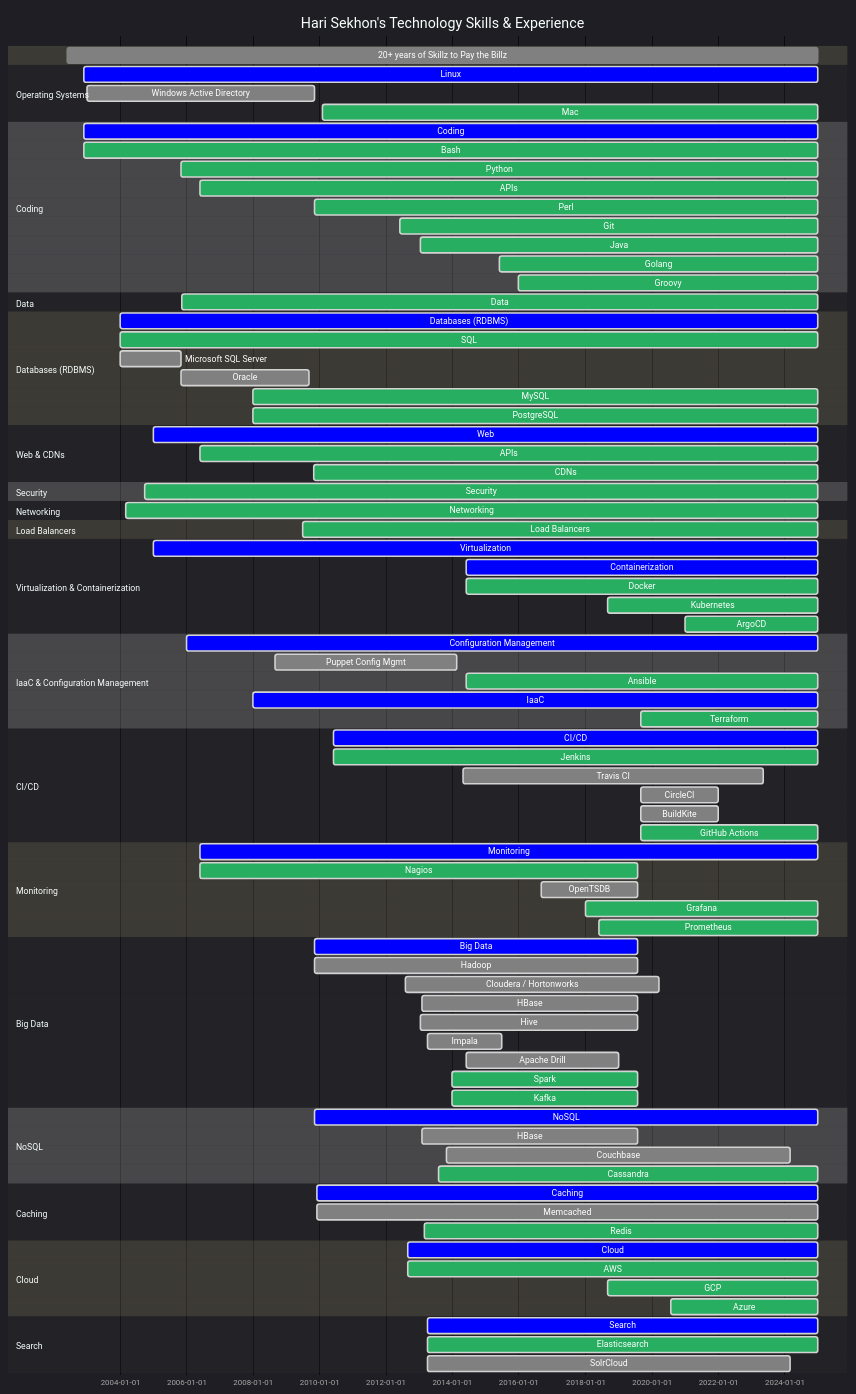
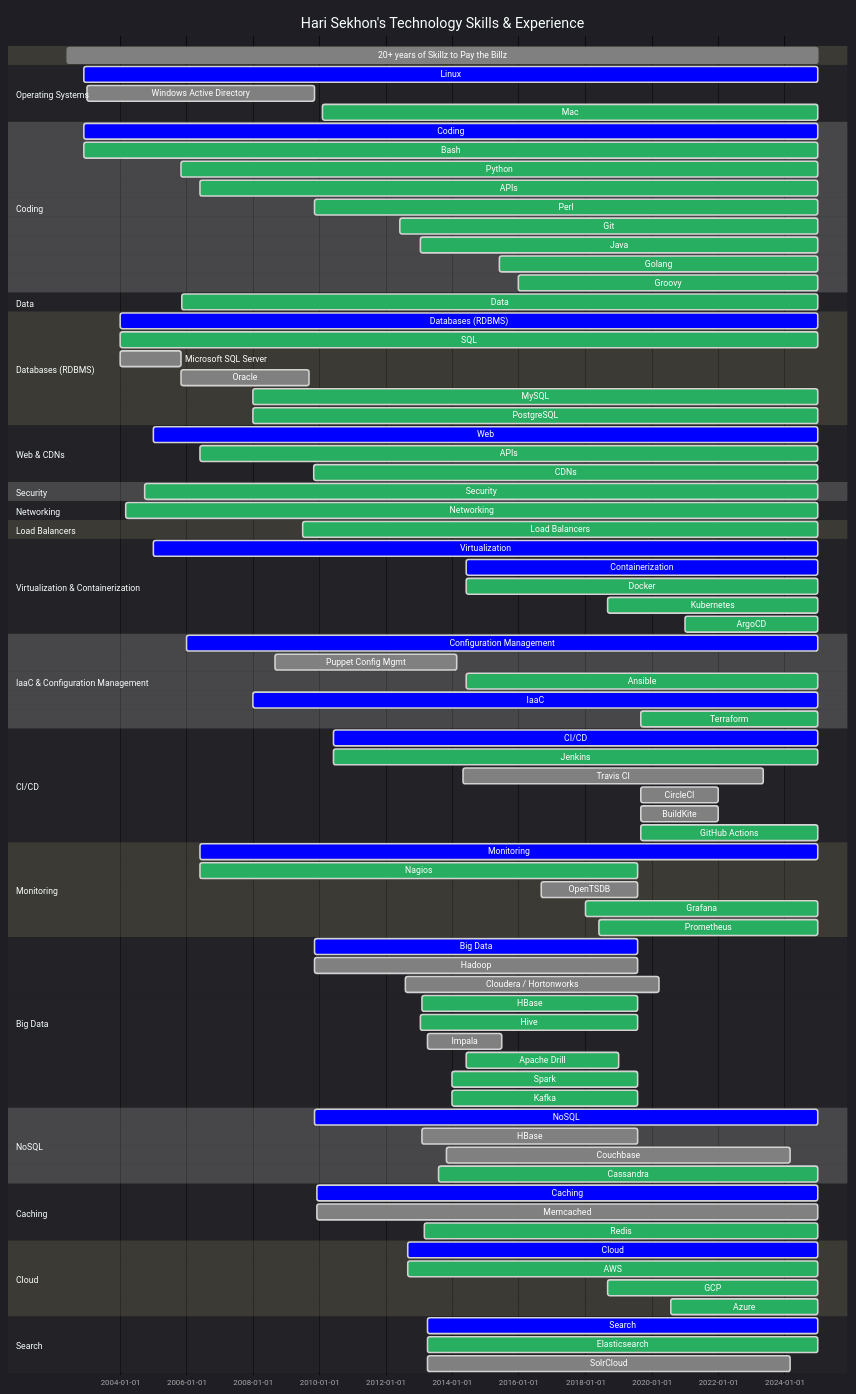
One commit to HariSekhon/HariSekhon changed the diagram in README.md. Above: the diagram before and after it, drawn with Mermaid.

```diff
--- a/README.md
+++ b/README.md
@@ -440,10 +440,10 @@
     %%HDFS                   : done, 2009-11-13, 2019-07-31
     %%MapReduce              : done, 2012-06-01, 2019-07-31
     Cloudera / Hortonworks : done, 2012-08-01, 2020-03-20
-    HBase                  : done, 2013-02-01, 2019-07-31
-    Hive                   : done, 2013-01-18, 2019-07-31
+    HBase                  : active, 2013-02-01, 2019-07-31
+    Hive                   : active, 2013-01-18, 2019-07-31
     Impala                 : done, 2013-04-01, 2015-06-30
-    Apache Drill           : done, 2014-06-01, 2018-12-31
+    Apache Drill           : active, 2014-06-01, 2018-12-31
     Spark                  : active, 2014-01-01, 2019-07-31
     Kafka                  : active, 2014-01-01, 2019-07-31
 
```
